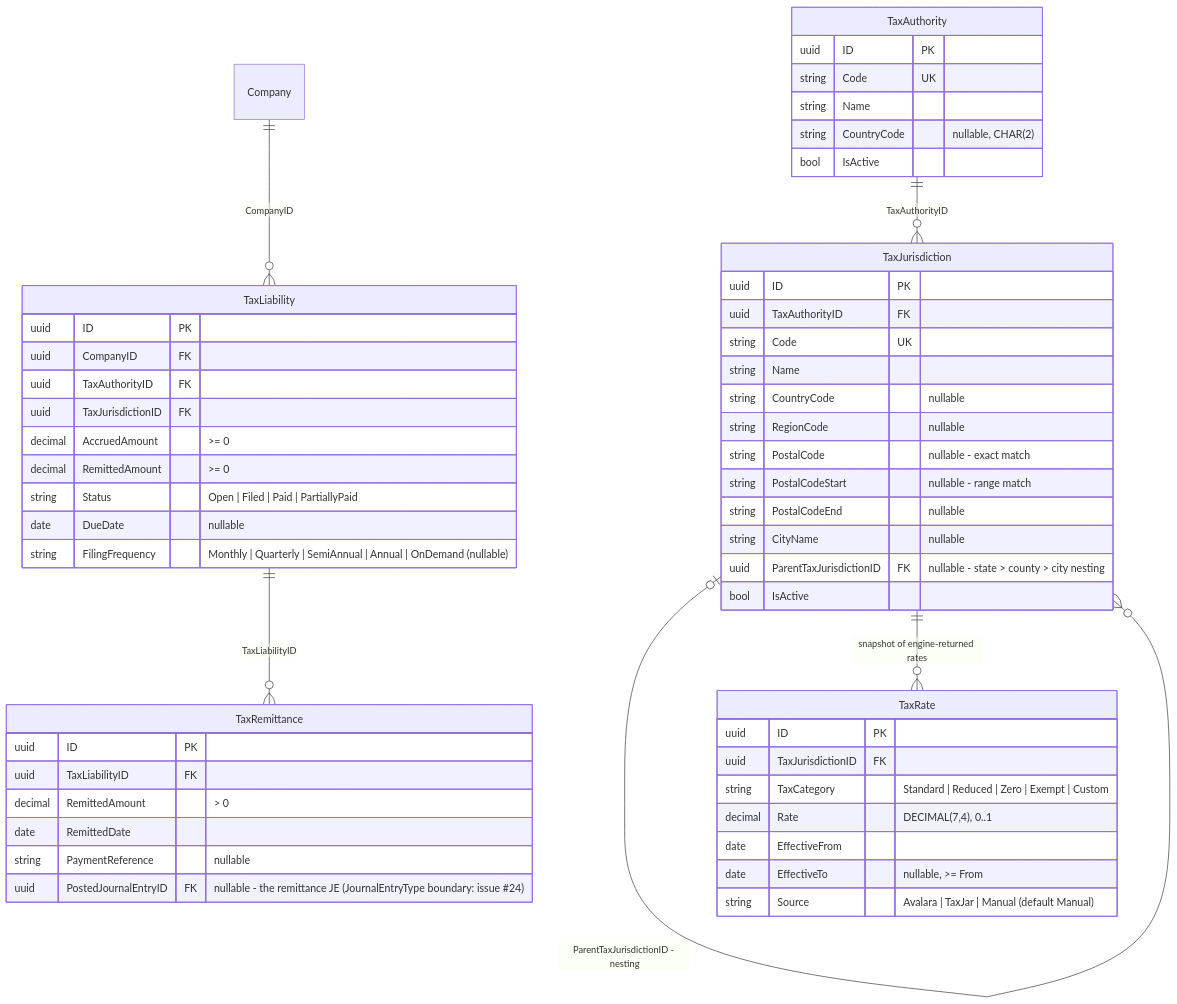
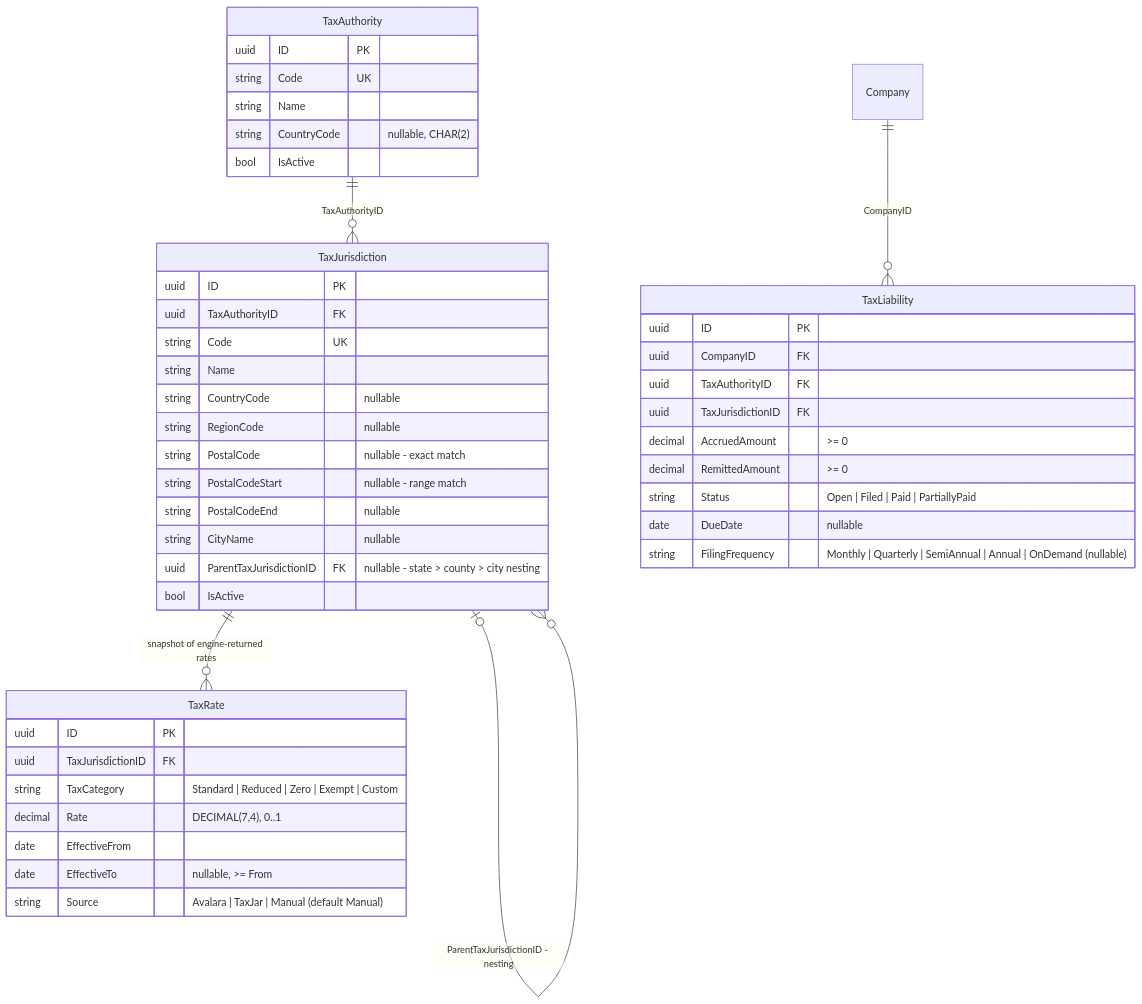
Before and after one commit to MemberJunction/bizapps-accounting: the tenth of 12 diagrams in docs/bizapps-accounting-erd.md, drawn with Mermaid. The commit also changed other lines of this file and 226 other files, not shown here.

````diff
--- a/docs/bizapps-accounting-erd.md
+++ b/docs/bizapps-accounting-erd.md
@@ -754,58 +735,49 @@
 ```mermaid
 erDiagram
     TaxAuthority ||--o{ TaxJurisdiction : "TaxAuthorityID"
     TaxJurisdiction |o--o{ TaxJurisdiction : "ParentTaxJurisdictionID - nesting"
     TaxJurisdiction ||--o{ TaxRate : "snapshot of engine-returned rates"
     Company ||--o{ TaxLiability : "CompanyID"
-    TaxLiability ||--o{ TaxRemittance : "TaxLiabilityID"
 
     TaxAuthority {
         uuid ID PK
         string Code UK
         string Name
         string CountryCode "nullable, CHAR(2)"
         bool IsActive
     }
     TaxJurisdiction {
         uuid ID PK
         uuid TaxAuthorityID FK
         string Code UK
         string Name
         string CountryCode "nullable"
         string RegionCode "nullable"
         string PostalCode "nullable - exact match"
         string PostalCodeStart "nullable - range match"
         string PostalCodeEnd "nullable"
         string CityName "nullable"
         uuid ParentTaxJurisdictionID FK "nullable - state > county > city nesting"
         bool IsActive
     }
     TaxRate {
         uuid ID PK
         uuid TaxJurisdictionID FK
         string TaxCategory "Standard | Reduced | Zero | Exempt | Custom"
         decimal Rate "DECIMAL(7,4), 0..1"
         date EffectiveFrom
         date EffectiveTo "nullable, >= From"
         string Source "Avalara | TaxJar | Manual (default Manual)"
     }
     TaxLiability {
         uuid ID PK
         uuid CompanyID FK
         uuid TaxAuthorityID FK
         uuid TaxJurisdictionID FK
         decimal AccruedAmount ">= 0"
         decimal RemittedAmount ">= 0"
         string Status "Open | Filed | Paid | PartiallyPaid"
         date DueDate "nullable"
         string FilingFrequency "Monthly | Quarterly | SemiAnnual | Annual | OnDemand (nullable)"
     }
-    TaxRemittance {
-        uuid ID PK
-        uuid TaxLiabilityID FK
-        decimal RemittedAmount "> 0"
-        date RemittedDate
-        string PaymentReference "nullable"
-        uuid PostedJournalEntryID FK "nullable - the remittance JE (JournalEntryType boundary: issue #24)"
-    }
 ```
````
